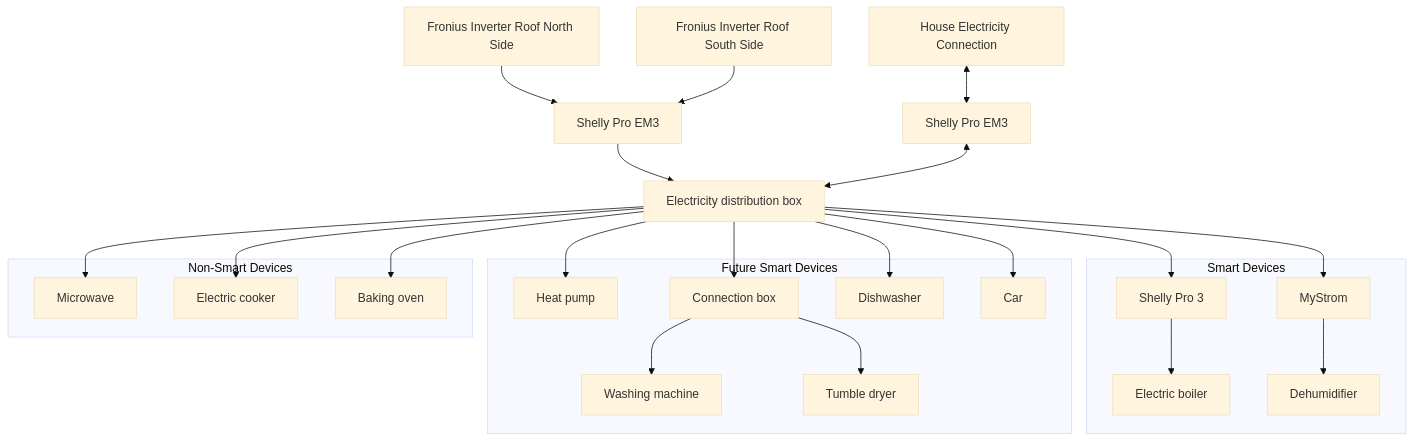
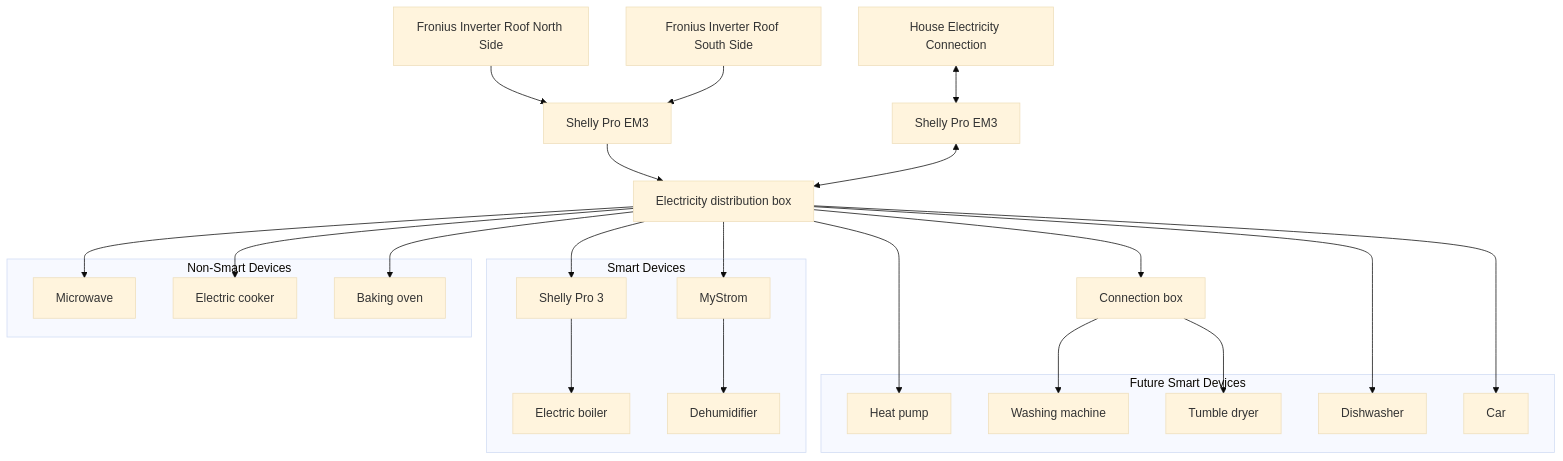
Before and after one commit to hoinmic/pv_openhab: the diagram in README.md, drawn with Mermaid (base theme).

Commit message:
feat(docs): minor modifications

````diff
--- a/README.md
+++ b/README.md
@@ -69,67 +69,69 @@
 ```mermaid
 graph TD
 A[Fronius Inverter Roof North Side]
 B[Fronius Inverter Roof South Side]
 C[Shelly Pro EM3]
 
 F[House Electricity Connection]
 G[Shelly Pro EM3]
 
 J[Electricity distribution box]
 
 O[Shelly Pro 3]
 P[Electric boiler]
 
 S[MyStrom]
 T[Dehumidifier]
 
 U[Heat pump]
 
 M[Connection box]
 V[Washing machine]
 W[Tumble dryer]
 
 
 N[Microwave]
 X[Electric cooker]
 Y[Baking oven]
 Z[Dishwasher]
 CAR[Car]
 
 A --> C
 B --> C
 C --> J
 
 F <--> G
 G <--> J
 
 J --> O
 J --> S
 
 subgraph Smart Devices
     O --> P
     S --> T
 end
 
 J --> U
 J --> M
 J --> Z
 J --> CAR
+M --> V
+M --> W
 
 subgraph Future Smart Devices
     U
-    M --> V
-    M --> W
+    V
+    W
     Z
     CAR
 end
 
 J --> N
 J --> X
 J --> Y
 subgraph Non-Smart Devices
     N
     X
     Y
 end
 ```
````
